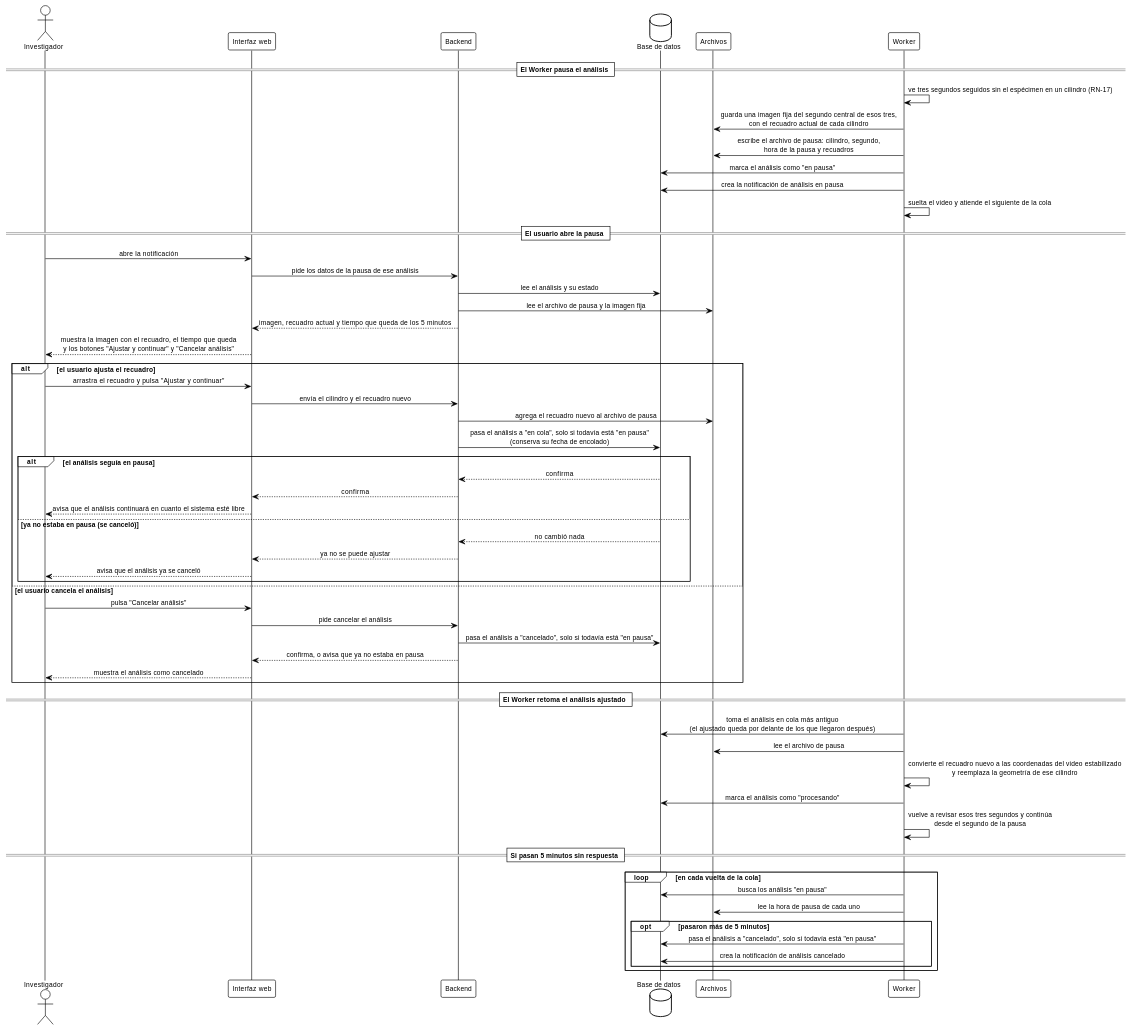
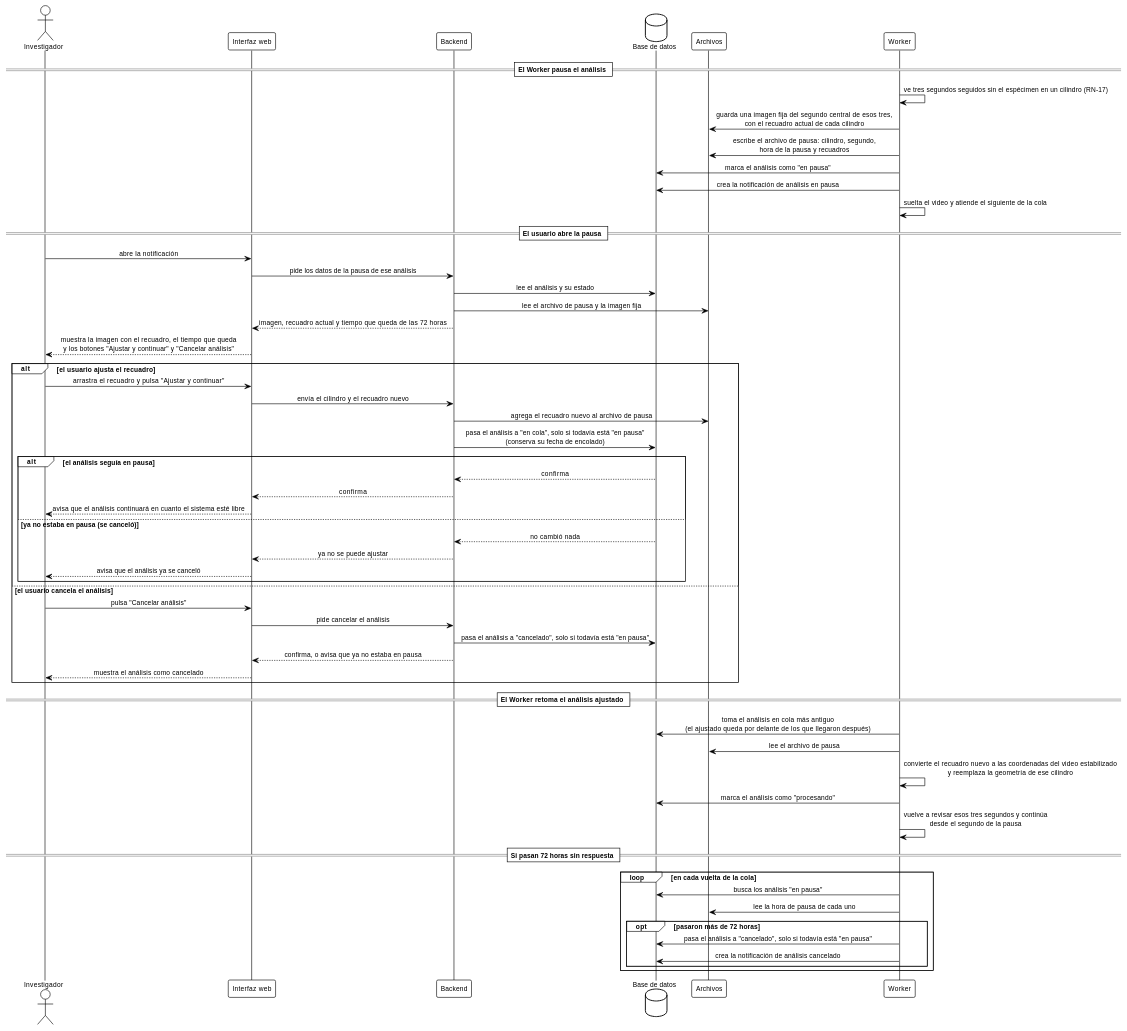
Diagram 33 of 40 in INSTRUCCIONES-WEB.md (ErickJester/fst-ai-system-latex), drawn with PlantUML before and after one commit. The commit also changed other lines of this file and 34 other files, not shown here.

First line of the commit message:
Pausa de 72 horas sin guardar el motivo de cancelacion (D-112), boton No se ve en la revision (D-113), D-107 confirmada e imagenes regeneradas

````diff
--- a/INSTRUCCIONES-WEB.md
+++ b/INSTRUCCIONES-WEB.md
@@ -2865,77 +2868,77 @@
 ```plantuml
 @startuml seq_pausa_y_ajuste
 !theme plain
 skinparam defaultFontName Arial
 skinparam defaultFontSize 11
 skinparam shadowing false
 skinparam sequenceMessageAlign center
 skinparam BoxPadding 10
 
 actor Investigador as inv
 participant "Interfaz web" as ui
 participant Backend as api
 database "Base de datos" as db
 participant "Archivos" as fs
 participant Worker as w
 
 == El Worker pausa el análisis ==
 
 w -> w: ve tres segundos seguidos sin el espécimen en un cilindro (RN-17)
 w -> fs: guarda una imagen fija del segundo central de esos tres,\ncon el recuadro actual de cada cilindro
 w -> fs: escribe el archivo de pausa: cilindro, segundo,\nhora de la pausa y recuadros
 w -> db: marca el análisis como "en pausa"
 w -> db: crea la notificación de análisis en pausa
 w -> w: suelta el video y atiende el siguiente de la cola
 
 == El usuario abre la pausa ==
 
 inv -> ui: abre la notificación
 ui -> api: pide los datos de la pausa de ese análisis
 api -> db: lee el análisis y su estado
 api -> fs: lee el archivo de pausa y la imagen fija
-api --> ui: imagen, recuadro actual y tiempo que queda de los 5 minutos
+api --> ui: imagen, recuadro actual y tiempo que queda de las 72 horas
 ui --> inv: muestra la imagen con el recuadro, el tiempo que queda\ny los botones "Ajustar y continuar" y "Cancelar análisis"
 
 alt el usuario ajusta el recuadro
   inv -> ui: arrastra el recuadro y pulsa "Ajustar y continuar"
   ui -> api: envía el cilindro y el recuadro nuevo
   api -> fs: agrega el recuadro nuevo al archivo de pausa
   api -> db: pasa el análisis a "en cola", solo si todavía está "en pausa"\n(conserva su fecha de encolado)
   alt el análisis seguía en pausa
     db --> api: confirma
     api --> ui: confirma
     ui --> inv: avisa que el análisis continuará en cuanto el sistema esté libre
   else ya no estaba en pausa (se canceló)
     db --> api: no cambió nada
     api --> ui: ya no se puede ajustar
     ui --> inv: avisa que el análisis ya se canceló
   end
 else el usuario cancela el análisis
   inv -> ui: pulsa "Cancelar análisis"
   ui -> api: pide cancelar el análisis
   api -> db: pasa el análisis a "cancelado", solo si todavía está "en pausa"
   api --> ui: confirma, o avisa que ya no estaba en pausa
   ui --> inv: muestra el análisis como cancelado
 end
 
 == El Worker retoma el análisis ajustado ==
 
 w -> db: toma el análisis en cola más antiguo\n(el ajustado queda por delante de los que llegaron después)
 w -> fs: lee el archivo de pausa
 w -> w: convierte el recuadro nuevo a las coordenadas del video estabilizado\ny reemplaza la geometría de ese cilindro
 w -> db: marca el análisis como "procesando"
 w -> w: vuelve a revisar esos tres segundos y continúa\ndesde el segundo de la pausa
 
-== Si pasan 5 minutos sin respuesta ==
+== Si pasan 72 horas sin respuesta ==
 
 loop en cada vuelta de la cola
   w -> db: busca los análisis "en pausa"
   w -> fs: lee la hora de pausa de cada uno
-  opt pasaron más de 5 minutos
+  opt pasaron más de 72 horas
     w -> db: pasa el análisis a "cancelado", solo si todavía está "en pausa"
     w -> db: crea la notificación de análisis cancelado
   end
 end
 
 @enduml
 ```
````
